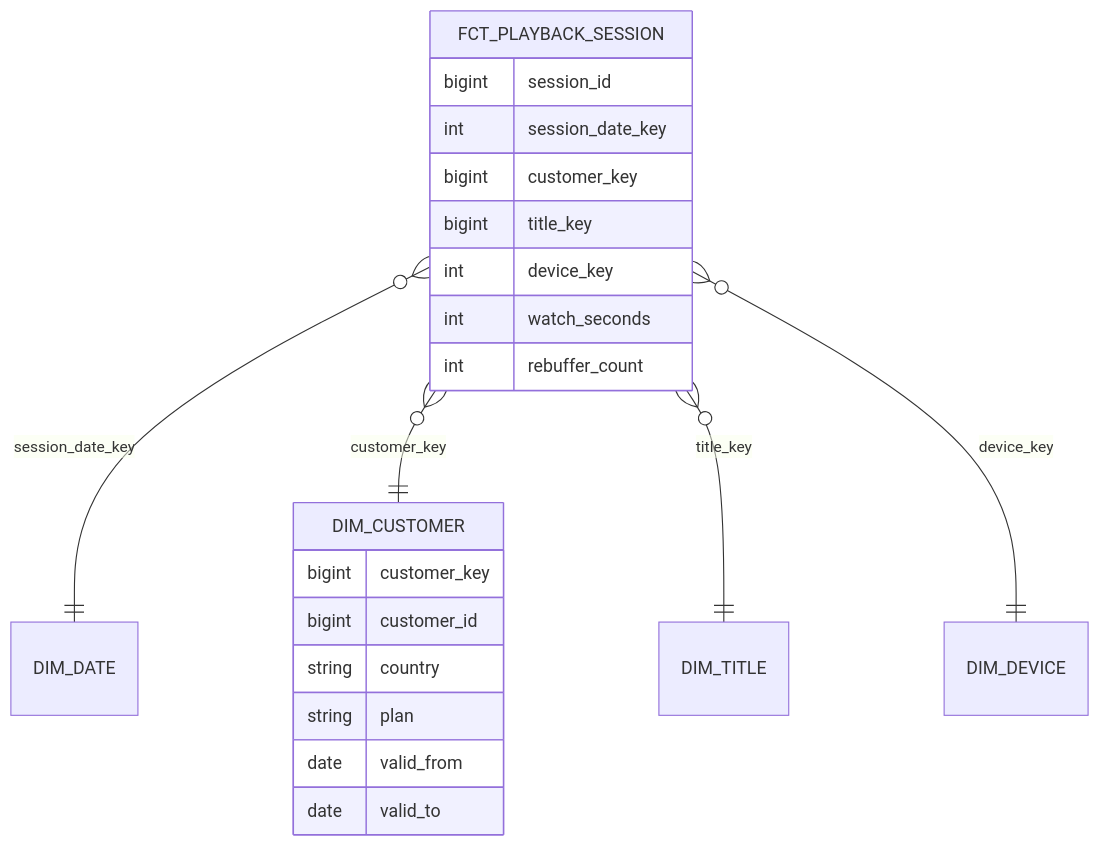
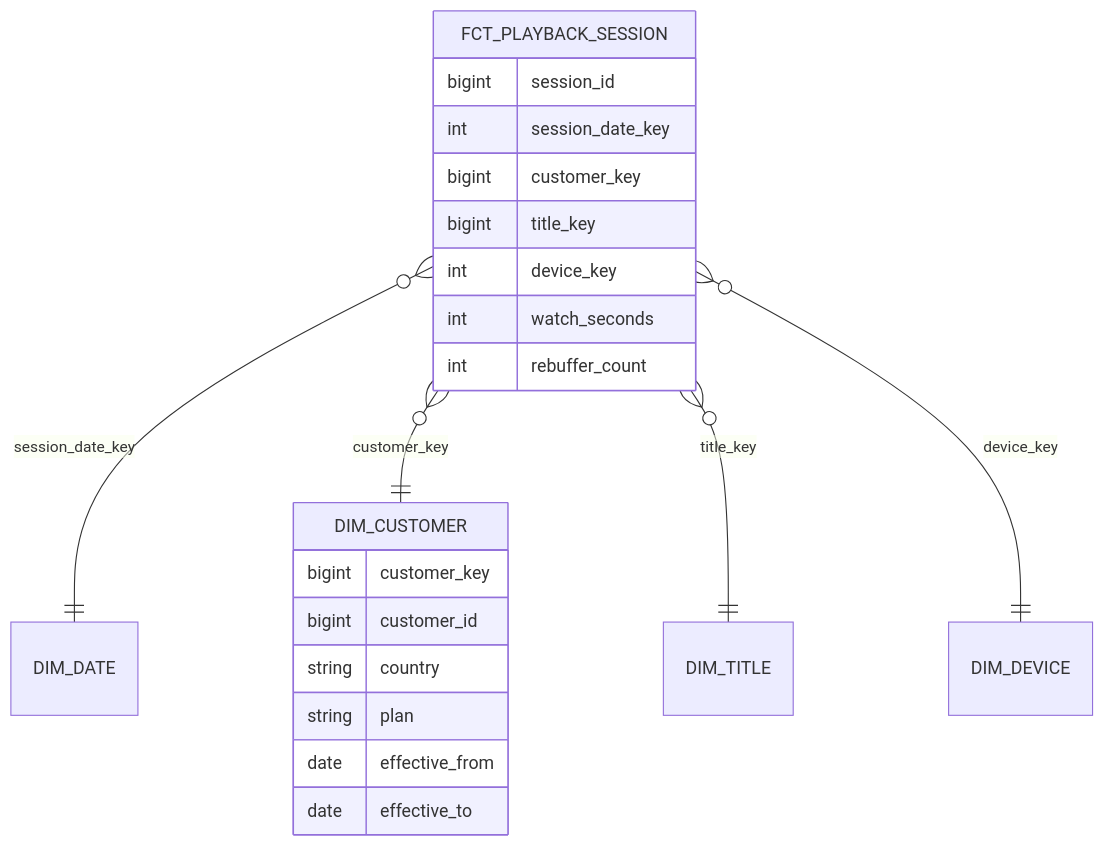
The diagram in content/tracks/10-big-data/03-data-platforms/02-dimensional-modelling.md (thull32/ascend), drawn with Mermaid before and after one commit. The commit also changed other lines of this file and 96 other files, not shown here.

````diff
--- a/content/tracks/10-big-data/03-data-platforms/02-dimensional-modelling.md
+++ b/content/tracks/10-big-data/03-data-platforms/02-dimensional-modelling.md
@@ -25,24 +23,24 @@
 ```mermaid
 erDiagram
   FCT_PLAYBACK_SESSION }o--|| DIM_DATE : "session_date_key"
   FCT_PLAYBACK_SESSION }o--|| DIM_CUSTOMER : "customer_key"
   FCT_PLAYBACK_SESSION }o--|| DIM_TITLE : "title_key"
   FCT_PLAYBACK_SESSION }o--|| DIM_DEVICE : "device_key"
   FCT_PLAYBACK_SESSION {
     bigint session_id
     int session_date_key
     bigint customer_key
     bigint title_key
     int device_key
     int watch_seconds
     int rebuffer_count
   }
   DIM_CUSTOMER {
     bigint customer_key
     bigint customer_id
     string country
     string plan
-    date valid_from
-    date valid_to
+    date effective_from
+    date effective_to
   }
 ```
````
